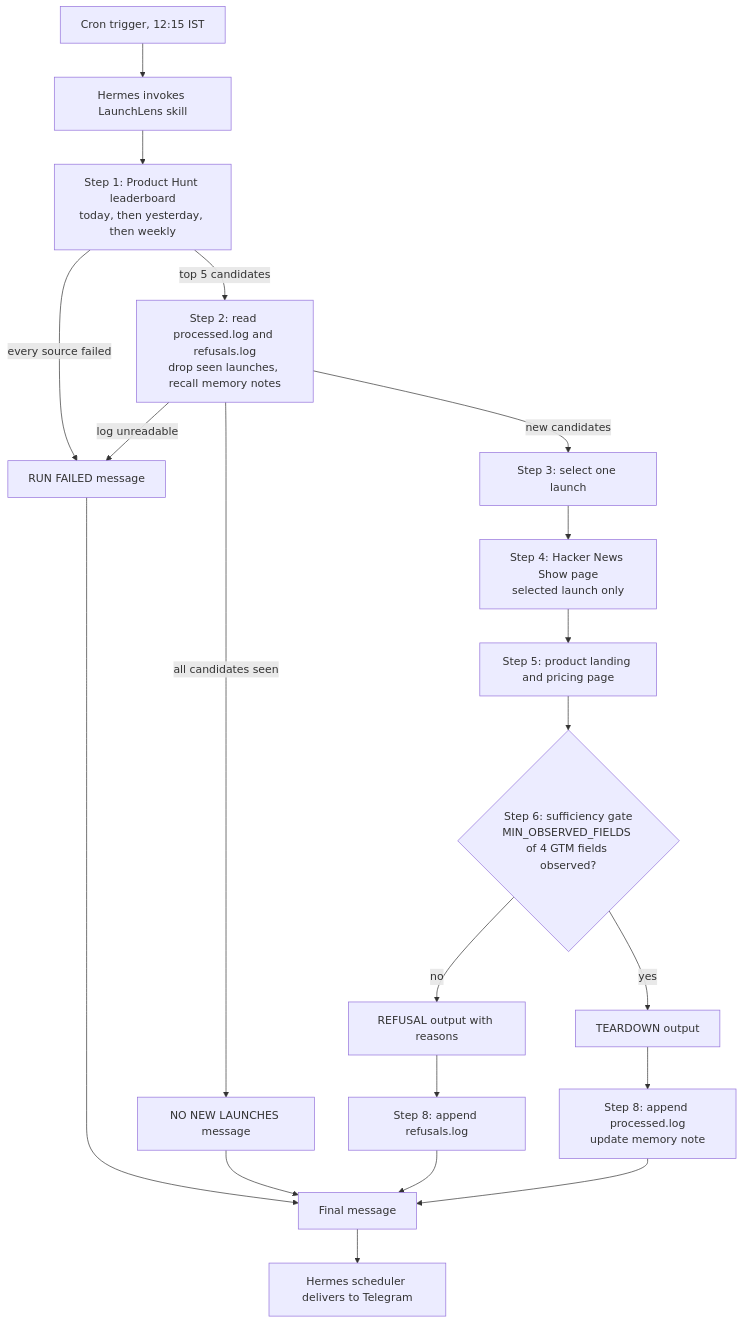
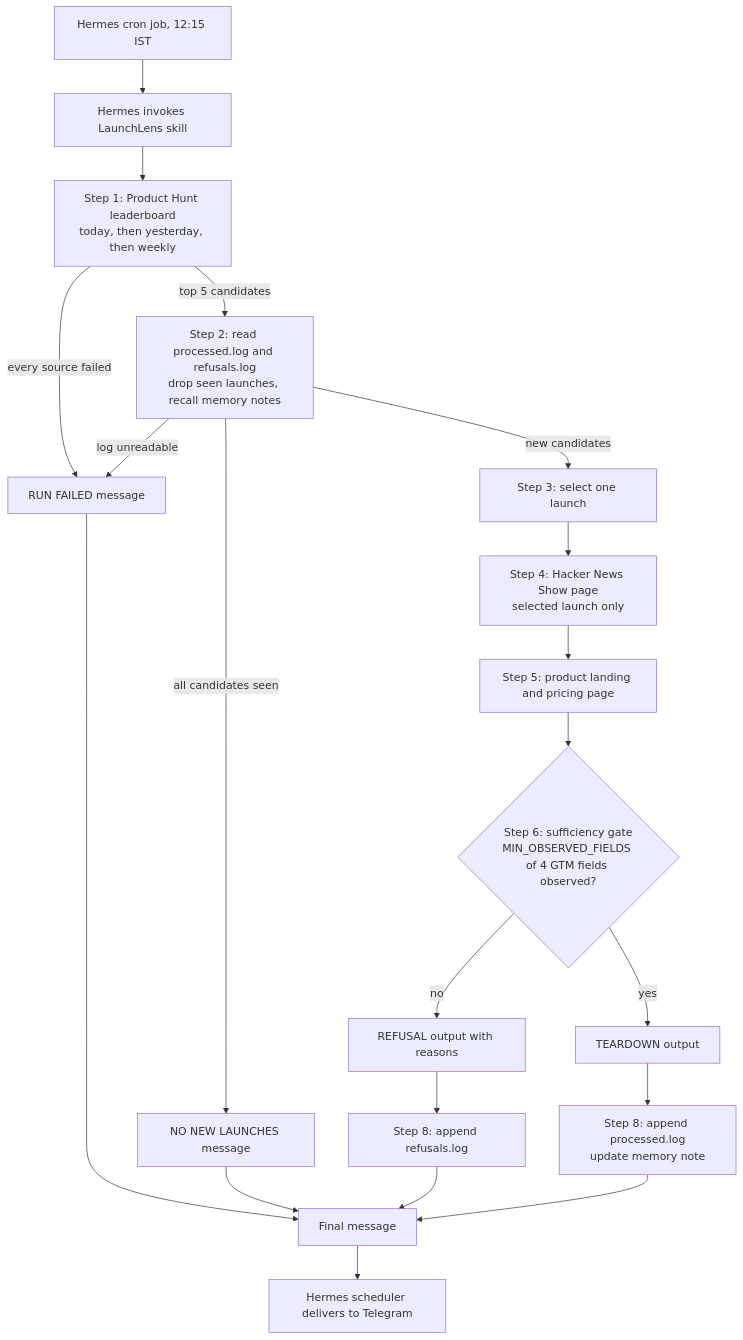
One commit to joy4t/launchlens changed the diagram in architecture.md. Above: the diagram before and after it, drawn with Mermaid. The commit also changed other lines of this file and 5 other files, not shown here.

````diff
--- a/architecture.md
+++ b/architecture.md
@@ -6,22 +6,22 @@
 ```mermaid
 flowchart TD
-    A["Cron trigger, 12:15 IST"] --> B["Hermes invokes LaunchLens skill"]
+    A["Hermes cron job, 12:15 IST"] --> B["Hermes invokes LaunchLens skill"]
     B --> C["Step 1: Product Hunt leaderboard<br/>today, then yesterday, then weekly"]
     C -->|"every source failed"| F1["RUN FAILED message"]
     C -->|"top 5 candidates"| D["Step 2: read processed.log and refusals.log<br/>drop seen launches, recall memory notes"]
     D -->|"log unreadable"| F1
     D -->|"all candidates seen"| N1["NO NEW LAUNCHES message"]
     D -->|"new candidates"| S["Step 3: select one launch"]
     S --> H["Step 4: Hacker News Show page<br/>selected launch only"]
     H --> L["Step 5: product landing and pricing page"]
     L --> G{"Step 6: sufficiency gate<br/>MIN_OBSERVED_FIELDS of 4 GTM fields observed?"}
     G -->|"no"| R["REFUSAL output with reasons"]
     G -->|"yes"| T["TEARDOWN output"]
     R --> RL["Step 8: append refusals.log"]
     T --> TL["Step 8: append processed.log<br/>update memory note"]
     RL --> Z["Final message"]
     TL --> Z
     F1 --> Z
     N1 --> Z
     Z --> TG["Hermes scheduler delivers to Telegram"]
 ```
````
